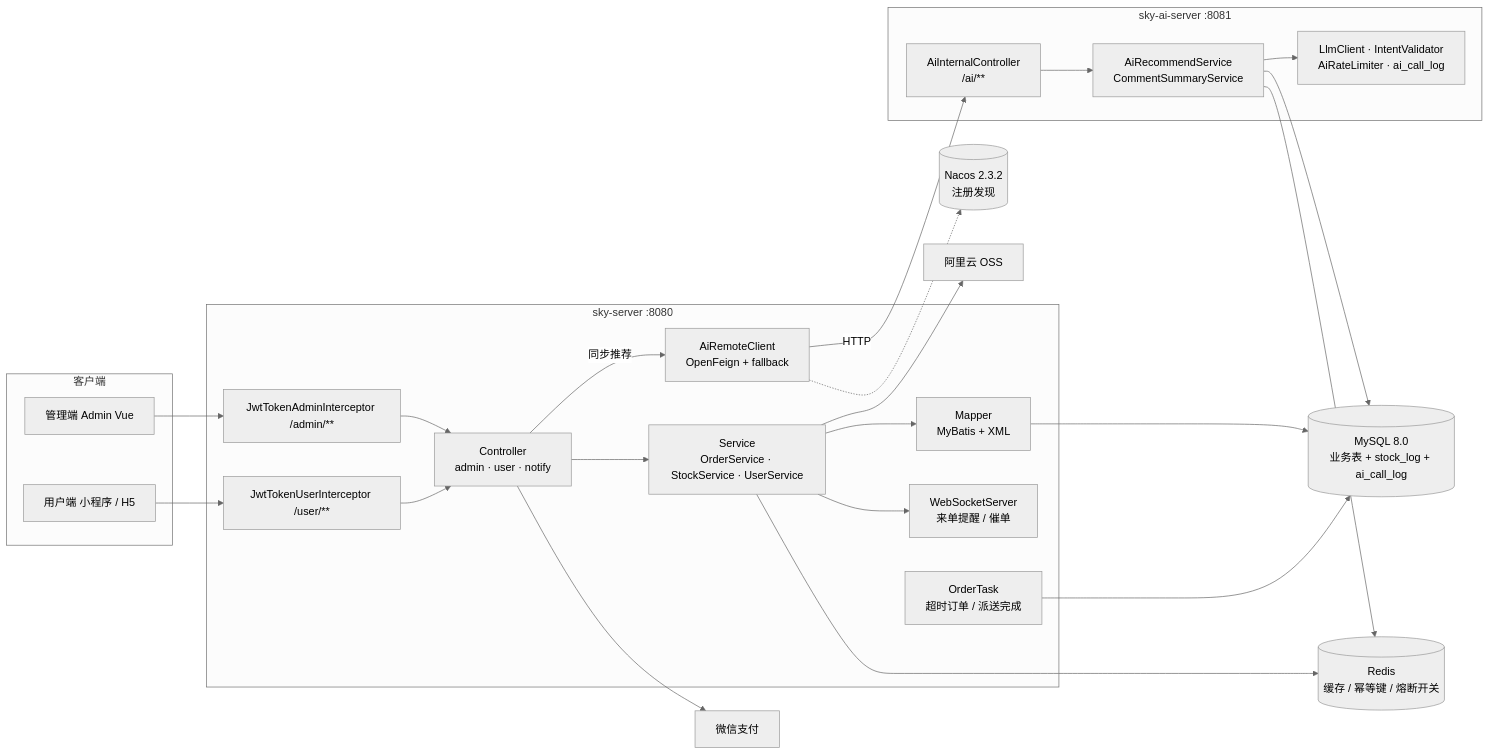
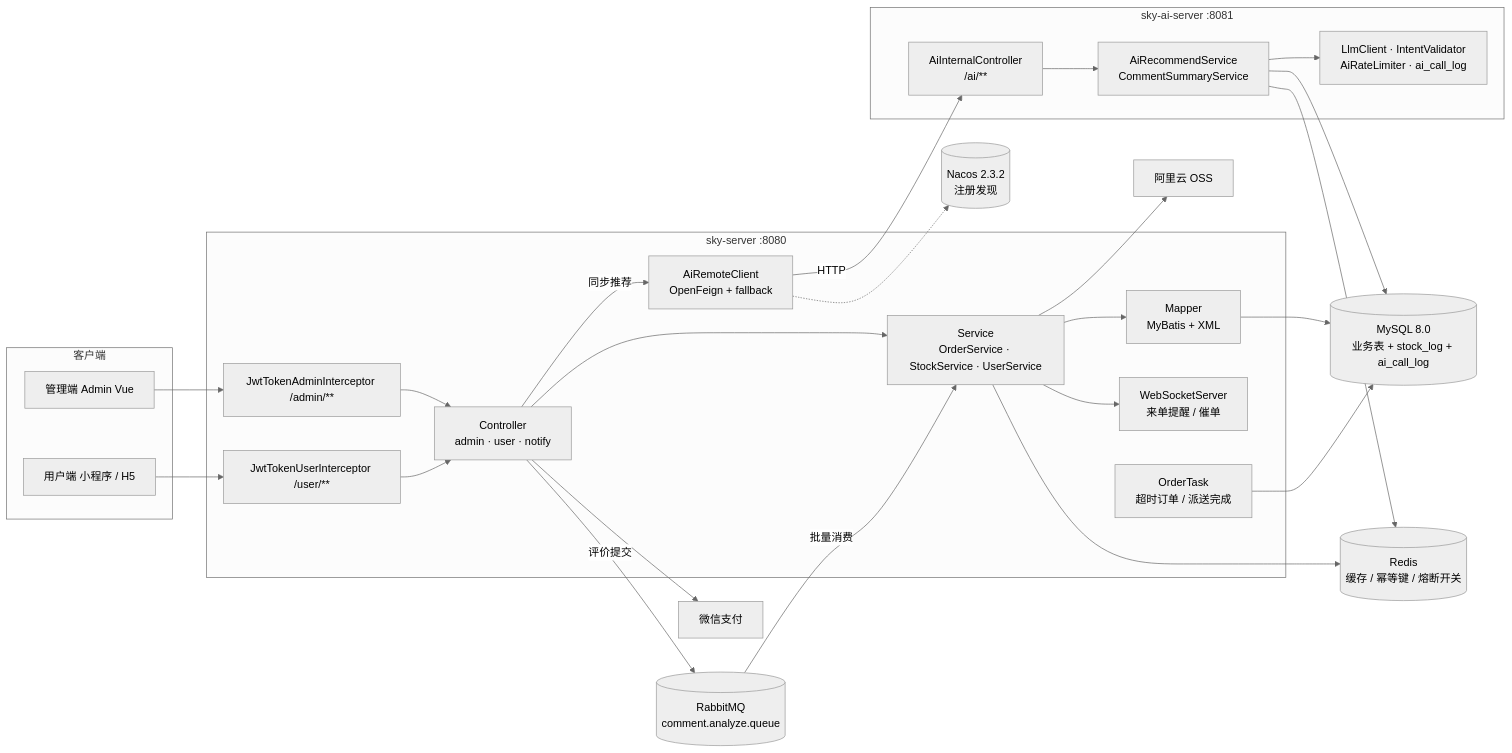
The diagram in README.md (3597155498-cyber/SKY), drawn with Mermaid (neutral theme) before and after one commit. The commit also changed other lines of this file and 12 other files, not shown here.

````diff
--- a/README.md
+++ b/README.md
@@ -23,46 +24,50 @@
 ```mermaid
 flowchart LR
     subgraph Client["客户端"]
         A1["管理端 Admin Vue"]
         A2["用户端 小程序 / H5"]
     end
 
     subgraph Server["sky-server :8080"]
         B1["JwtTokenAdminInterceptor /admin/**"]
         B2["JwtTokenUserInterceptor /user/**"]
         C["Controller<br/>admin · user · notify"]
         D["Service<br/>OrderService · StockService · UserService"]
         E["Mapper<br/>MyBatis + XML"]
         F["WebSocketServer<br/>来单提醒 / 催单"]
         G["OrderTask<br/>超时订单 / 派送完成"]
         N["AiRemoteClient<br/>OpenFeign + fallback"]
     end
 
     subgraph Ai["sky-ai-server :8081"]
         O["AiInternalController<br/>/ai/**"]
         P["AiRecommendService<br/>CommentSummaryService"]
         Q["LlmClient · IntentValidator<br/>AiRateLimiter · ai_call_log"]
     end
 
     R[("Nacos 2.3.2<br/>注册发现")]
+    M[("RabbitMQ<br/>comment.analyze.queue")]
     H[("MySQL 8.0<br/>业务表 + stock_log + ai_call_log")]
     I[("Redis<br/>缓存 / 幂等键 / 熔断开关")]
     J["阿里云 OSS"]
     K["微信支付"]
 
     A1 --> B1 --> C
     A2 --> B2 --> C
     C --> D --> E --> H
     D --> I
     D --> J
     C --> K
     D --> F
     G --> H
 
     C -->|"同步推荐"| N
     N -.-> R
     N -->|"HTTP"| O
     O --> P --> Q
     P --> H
     P --> I
+
+    C -->|"评价提交"| M
+    M -->|"批量消费"| D
 ```
````
